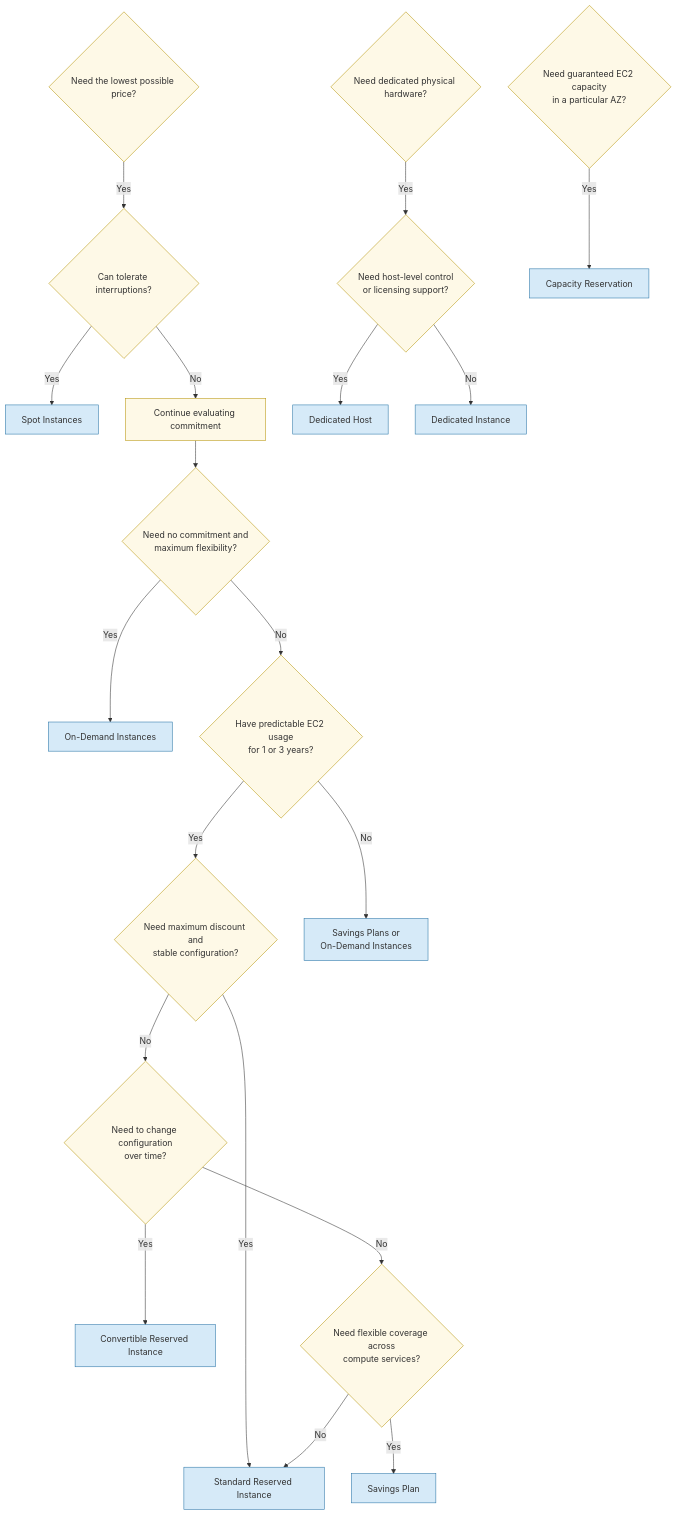
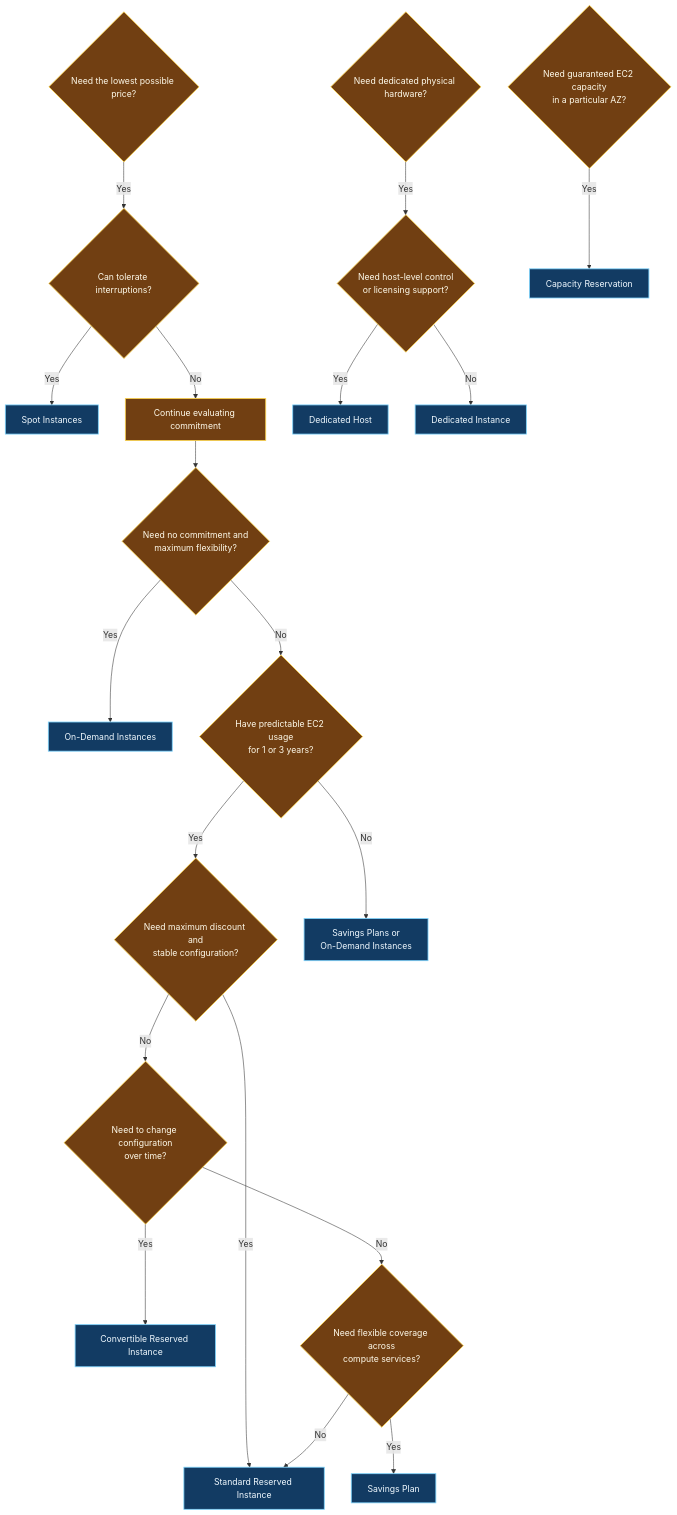
The third of 3 diagrams in aws_CLF_C02/study_notes/notes_by_domain_review_transcripts/4.1.md (monitus2022/cert_study_notes), drawn with Mermaid before and after one commit. The commit also changed other lines of this file, not shown here.

````diff
--- a/aws_CLF_C02/study_notes/notes_by_domain_review_transcripts/4.1.md
+++ b/aws_CLF_C02/study_notes/notes_by_domain_review_transcripts/4.1.md
@@ -740,35 +740,35 @@
 ```mermaid
 flowchart TD
     A{Need the lowest possible price?}
     A -- Yes --> B{Can tolerate interruptions?}
     B -- Yes --> B1[Spot Instances]
     B -- No --> C[Continue evaluating commitment]
 
     C --> D{Need no commitment and<br/>maximum flexibility?}
     D -- Yes --> D1[On-Demand Instances]
     D -- No --> E{Have predictable EC2 usage<br/>for 1 or 3 years?}
 
     E -- Yes --> F{Need maximum discount and<br/>stable configuration?}
     F -- Yes --> F1[Standard Reserved Instance]
     F -- No --> G{Need to change configuration<br/>over time?}
     G -- Yes --> G1[Convertible Reserved Instance]
     G -- No --> H{Need flexible coverage across<br/>compute services?}
     H -- Yes --> H1[Savings Plan]
     H -- No --> F1
 
     E -- No --> I[Savings Plans or<br/>On-Demand Instances]
 
     J{Need dedicated physical hardware?}
     J -- Yes --> K{Need host-level control<br/>or licensing support?}
     K -- Yes --> K1[Dedicated Host]
     K -- No --> K2[Dedicated Instance]
 
     L{Need guaranteed EC2 capacity<br/>in a particular AZ?}
     L -- Yes --> L1[Capacity Reservation]
 
-    classDef decision fill:#fef9e7,stroke:#b7950b,stroke-width:1px;
-    classDef result fill:#d6eaf8,stroke:#2874a6,stroke-width:1px;
+    classDef decision fill:#713f12,stroke:#fcd34d,color:#fffbeb,stroke-width:1.5px;
+    classDef result fill:#123b63,stroke:#7dd3fc,color:#f0f9ff,stroke-width:1.5px;
 
     class A,B,C,D,E,F,G,H,J,K,L decision;
     class B1,D1,F1,G1,H1,I,K1,K2,L1 result;
 ```
````
